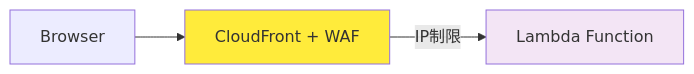
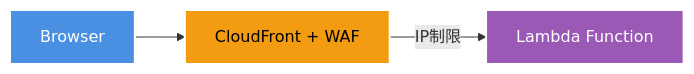
Before and after one commit to snickerjp/copilot-metrics-viewer-lambda-urls: the second of 4 diagrams in README.ja.md, drawn with Mermaid. The commit also changed other lines of this file and 1 other file, not shown here.

````diff
--- a/README.ja.md
+++ b/README.ja.md
@@ -503,8 +503,9 @@
 ```mermaid
 graph LR
     A[Browser] --> B[CloudFront + WAF]
     B -->|IP制限| C[Lambda Function]
     
-    style B fill:#ffeb3b
-    style C fill:#f3e5f5
+    style A fill:#4a90e2,stroke:#fff,stroke-width:2px,color:#fff
+    style B fill:#f39c12,stroke:#fff,stroke-width:2px,color:#000
+    style C fill:#9b59b6,stroke:#fff,stroke-width:2px,color:#fff
 ```
````
